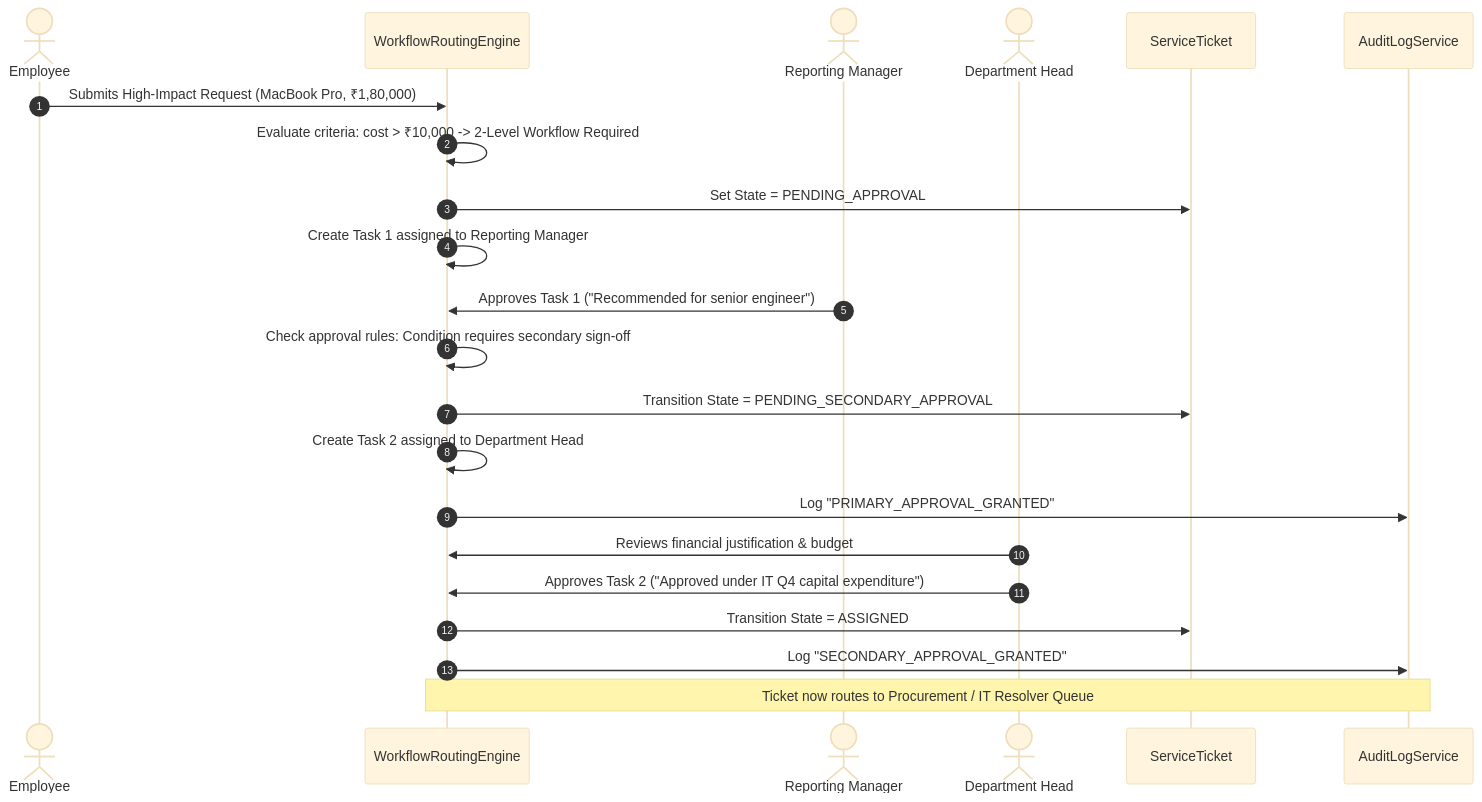
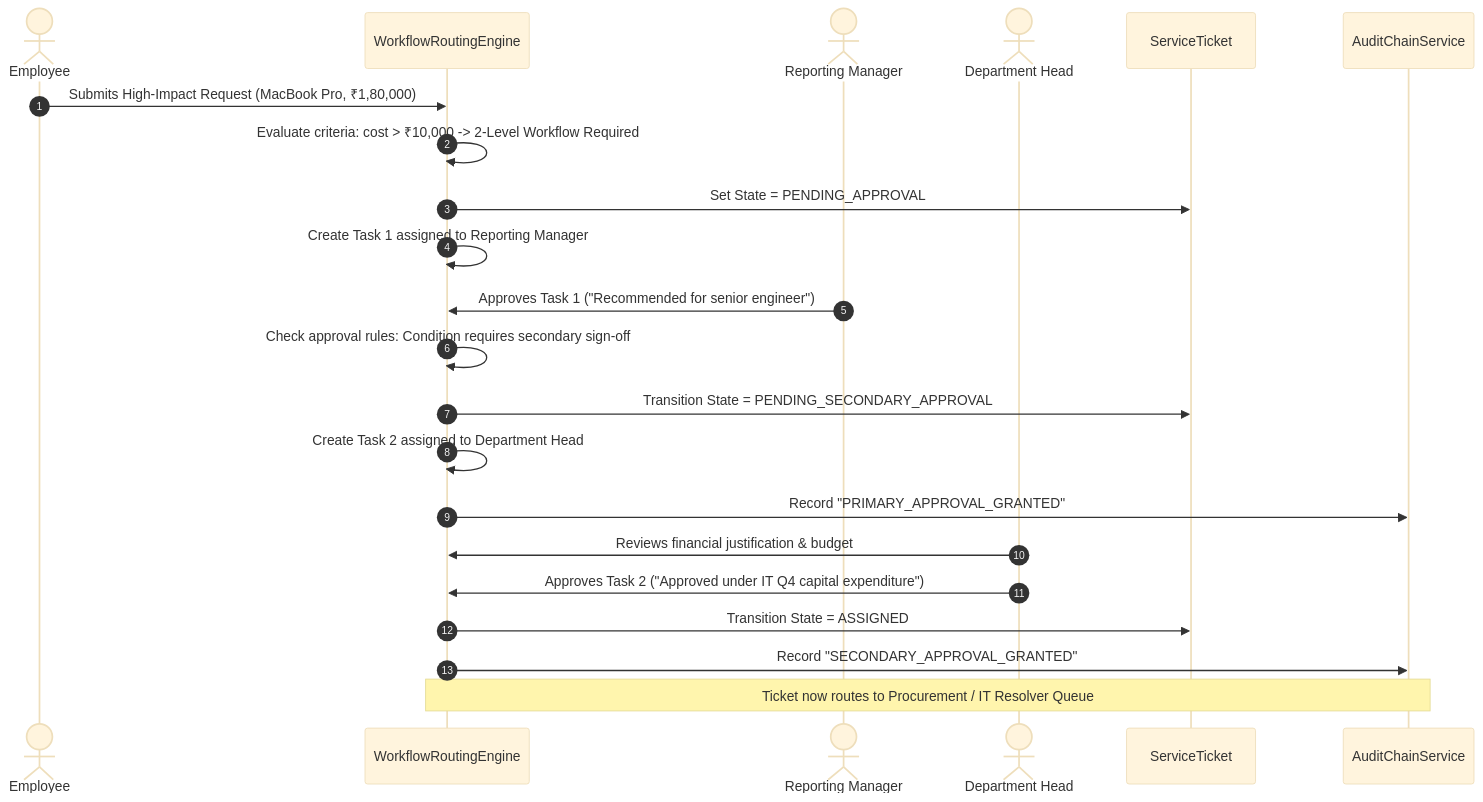
The fifth of 9 diagrams in docs/architecture/HLD.md (iyyappanecys033/EMPORA), drawn with Mermaid (base theme) before and after one commit. The commit also changed other lines of this file and 20 other files, not shown here.

````diff
--- a/docs/architecture/HLD.md
+++ b/docs/architecture/HLD.md
@@ -256,27 +282,27 @@
 ```mermaid
 sequenceDiagram
     autonumber
     actor Emp as Employee
     participant Workflow as WorkflowRoutingEngine
     actor Mgr as Reporting Manager
     actor DeptHead as Department Head
     participant Ticket as ServiceTicket
-    participant Audit as AuditLogService
+    participant Audit as AuditChainService
 
     Emp->>Workflow: Submits High-Impact Request (MacBook Pro, ₹1,80,000)
     Workflow->>Workflow: Evaluate criteria: cost > ₹10,000 -> 2-Level Workflow Required
     Workflow->>Ticket: Set State = PENDING_APPROVAL
     Workflow->>Workflow: Create Task 1 assigned to Reporting Manager
 
     Mgr->>Workflow: Approves Task 1 ("Recommended for senior engineer")
     Workflow->>Workflow: Check approval rules: Condition requires secondary sign-off
     Workflow->>Ticket: Transition State = PENDING_SECONDARY_APPROVAL
     Workflow->>Workflow: Create Task 2 assigned to Department Head
-    Workflow->>Audit: Log "PRIMARY_APPROVAL_GRANTED"
+    Workflow->>Audit: Record "PRIMARY_APPROVAL_GRANTED"
 
     DeptHead->>Workflow: Reviews financial justification & budget
     DeptHead->>Workflow: Approves Task 2 ("Approved under IT Q4 capital expenditure")
     Workflow->>Ticket: Transition State = ASSIGNED
-    Workflow->>Audit: Log "SECONDARY_APPROVAL_GRANTED"
+    Workflow->>Audit: Record "SECONDARY_APPROVAL_GRANTED"
     Note over Workflow, Audit: Ticket now routes to Procurement / IT Resolver Queue
 ```
````
